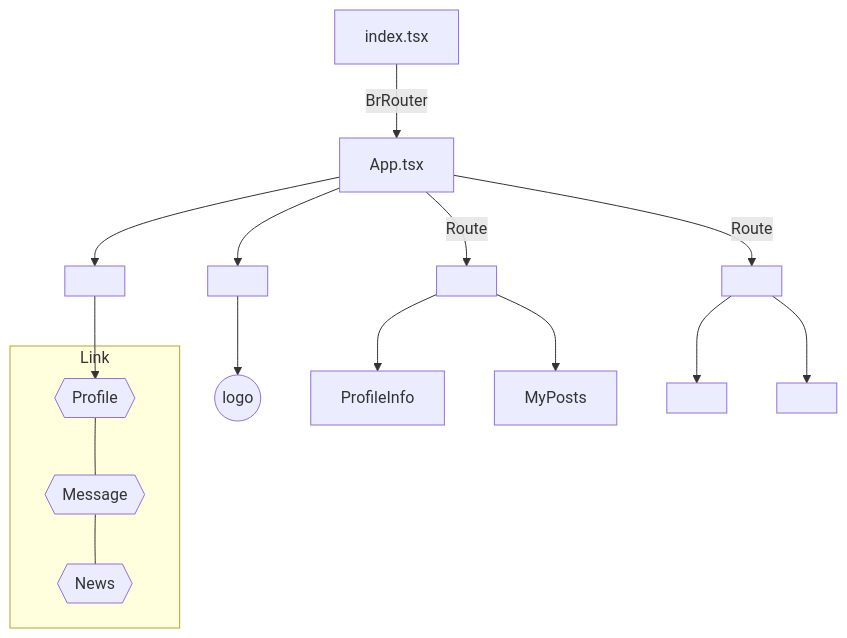
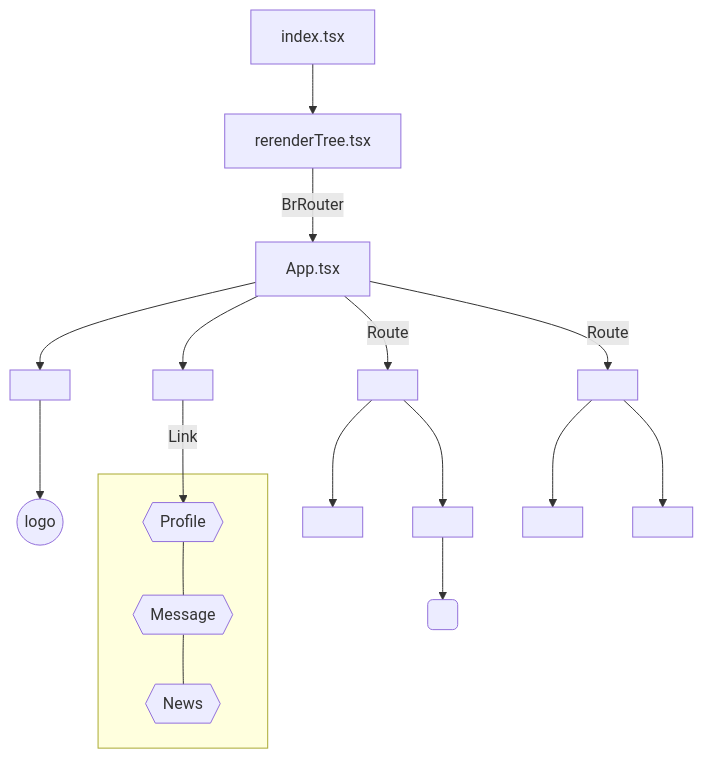
One commit to AlexNewHere/samurai-way changed the diagram in README.md. Above: the diagram before and after it, drawn with Mermaid. The commit also changed 4 other files, not shown here.

````diff
--- a/README.md
+++ b/README.md
@@ -3,30 +3,33 @@
 ```mermaid
 
 
+
 graph TD;
-    A[index.tsx]-- BrRouter -->B[App.tsx];
+    A1[index.tsx]-->A
+    A[rerenderTree.tsx]-- BrRouter -->B[App.tsx];
         B-->C[<Header/>];
             C-->c1((logo))
     
         B-->D[<Navbar/>];
-        D-->d1{{Profile}}
+        D--Link-->d1{{Profile}}
         
-        subgraph Link
+        subgraph    
             d1---d2{{Message}}
             d2---d3{{News}}
             end
            
         B--Route-->E[<Profile/>];
-            E-->e1[ProfileInfo]
-            E-->e2[MyPosts]
+            E-->e1[<ProfileInfo/>];
+            E-->e2[<MyPosts/>]
+            e2-->e3(<Post/>)
             
         B--Route-->F[<Dialogs/>];
             F-->f1[<DialogItem/>];
             F-->f2[<Message/>];
             
             
             
            
    
 
  ```
````
